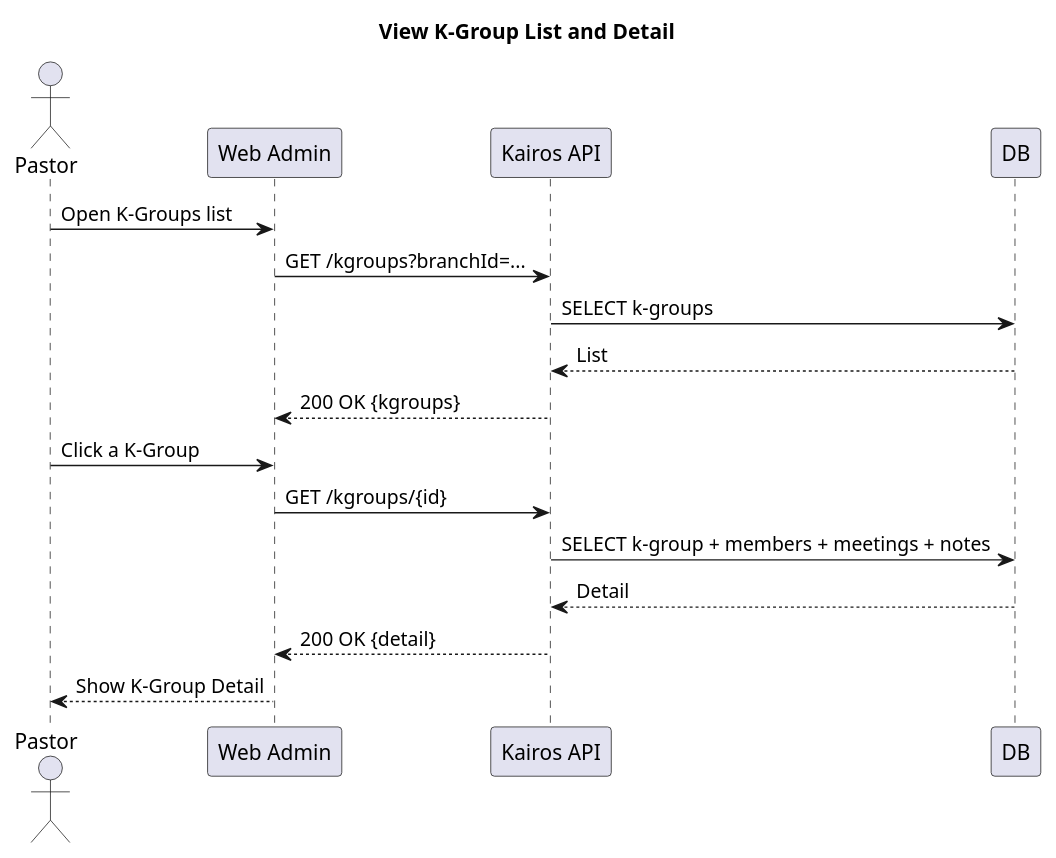
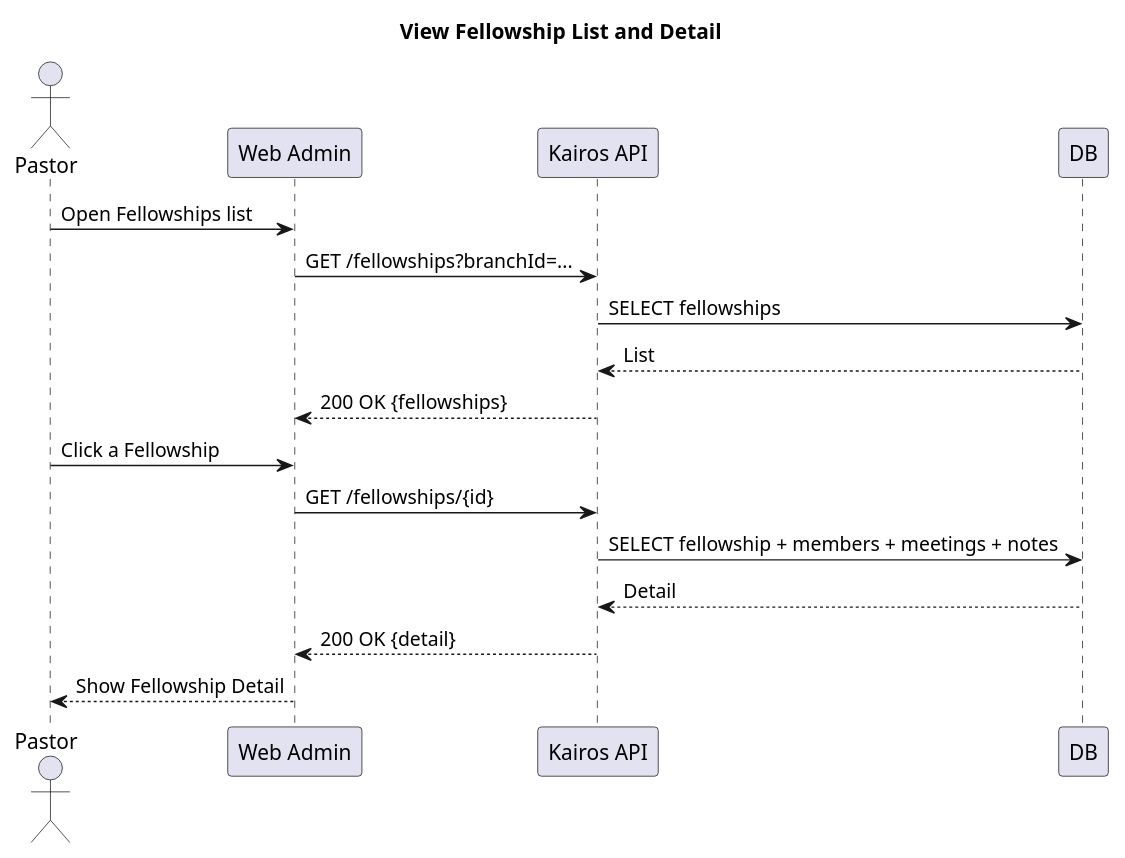
One commit to kharis-min-tech/kairos changed the diagram in architecture/sequences/kgroup-management/kairos-view-kgroup-details-sequence.puml. Above: the diagram before and after it, drawn with PlantUML. The commit also changed 101 other files, not shown here.

Commit message:
rewiring the repo and architecture

```diff
--- a/architecture/sequences/kgroup-management/kairos-view-kgroup-details-sequence.puml
+++ b/architecture/sequences/kgroup-management/kairos-view-kgroup-details-sequence.puml
@@ -1,23 +1,23 @@
-@startuml kairos-view-kgroup-details-sequence
-title View K-Group List and Detail
+@startuml kairos-view-fellowship-details-sequence
+title View Fellowship List and Detail
 
 actor Pastor
 participant "Web Admin" as WebAdmin
 participant "Kairos API" as API
 participant "DB" as DB
 
-Pastor -> WebAdmin: Open K-Groups list
-WebAdmin -> API: GET /kgroups?branchId=...
-API -> DB: SELECT k-groups
+Pastor -> WebAdmin: Open Fellowships list
+WebAdmin -> API: GET /fellowships?branchId=...
+API -> DB: SELECT fellowships
 DB --> API: List
-API --> WebAdmin: 200 OK {kgroups}
+API --> WebAdmin: 200 OK {fellowships}
 
-Pastor -> WebAdmin: Click a K-Group
-WebAdmin -> API: GET /kgroups/{id}
-API -> DB: SELECT k-group + members + meetings + notes
+Pastor -> WebAdmin: Click a Fellowship
+WebAdmin -> API: GET /fellowships/{id}
+API -> DB: SELECT fellowship + members + meetings + notes
 DB --> API: Detail
 API --> WebAdmin: 200 OK {detail}
 
-WebAdmin --> Pastor: Show K-Group Detail
+WebAdmin --> Pastor: Show Fellowship Detail
 
 @enduml
```
